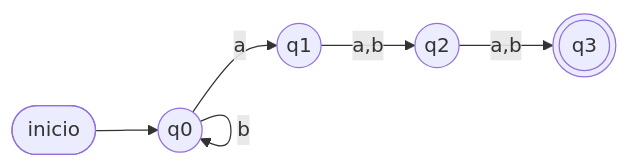
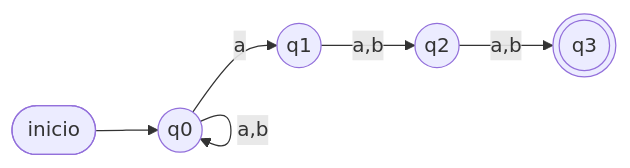
The eighth of 11 diagrams in material-estudio/02-automatas-finitos.md (yhwachoo/Grafos), drawn with Mermaid before and after one commit. The commit also changed 6 other files, not shown here.

First line of the commit message:
Corrige diagramas con lazos superpuestos (etiquetas que no se veían)

````diff
--- a/material-estudio/02-automatas-finitos.md
+++ b/material-estudio/02-automatas-finitos.md
@@ -265,13 +265,12 @@
 ```mermaid
 graph LR
     ini([inicio]) --> q0
     q0((q0))
     q1((q1))
     q2((q2))
     q3(((q3)))
-    q0 -->|a| q0
+    q0 -->|"a,b"| q0
     q0 -->|a| q1
-    q0 -->|b| q0
-    q1 -->|a,b| q2
-    q2 -->|a,b| q3
+    q1 -->|"a,b"| q2
+    q2 -->|"a,b"| q3
 ```
````
